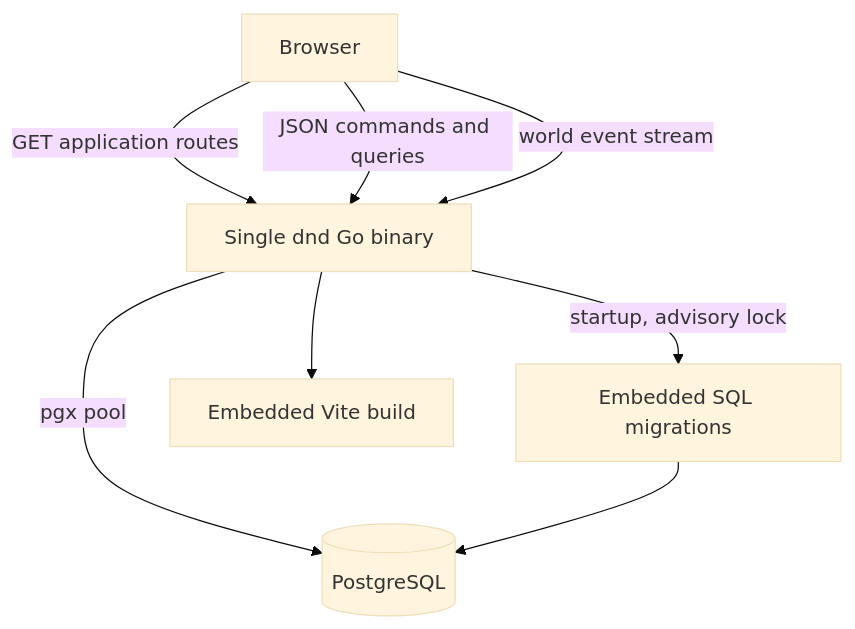
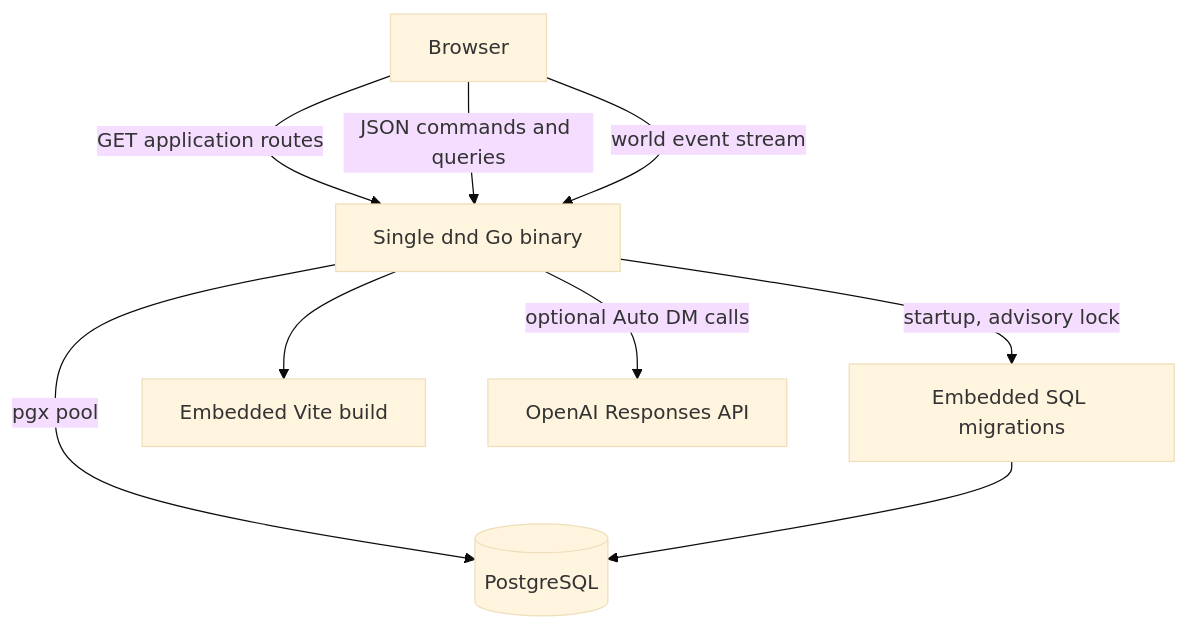
The first of 7 diagrams in docs/architecture.md (JTan2231/gezerah), drawn with Mermaid (base theme) before and after one commit. The commit also changed other lines of this file and 33 other files, not shown here.

````diff
--- a/docs/architecture.md
+++ b/docs/architecture.md
@@ -35,16 +35,18 @@
 ```mermaid
 flowchart TB
     Client[Browser]
     Binary[Single dnd Go binary]
     Migrations[Embedded SQL migrations]
     Static[Embedded Vite build]
     Postgres[(PostgreSQL)]
+    OpenAI[OpenAI Responses API]
 
     Client -->|GET application routes| Binary
     Binary --> Static
     Client -->|JSON commands and queries| Binary
     Client -->|world event stream| Binary
     Binary -->|pgx pool| Postgres
+    Binary -->|optional Auto DM calls| OpenAI
     Binary -->|startup, advisory lock| Migrations
     Migrations --> Postgres
 ```
````
